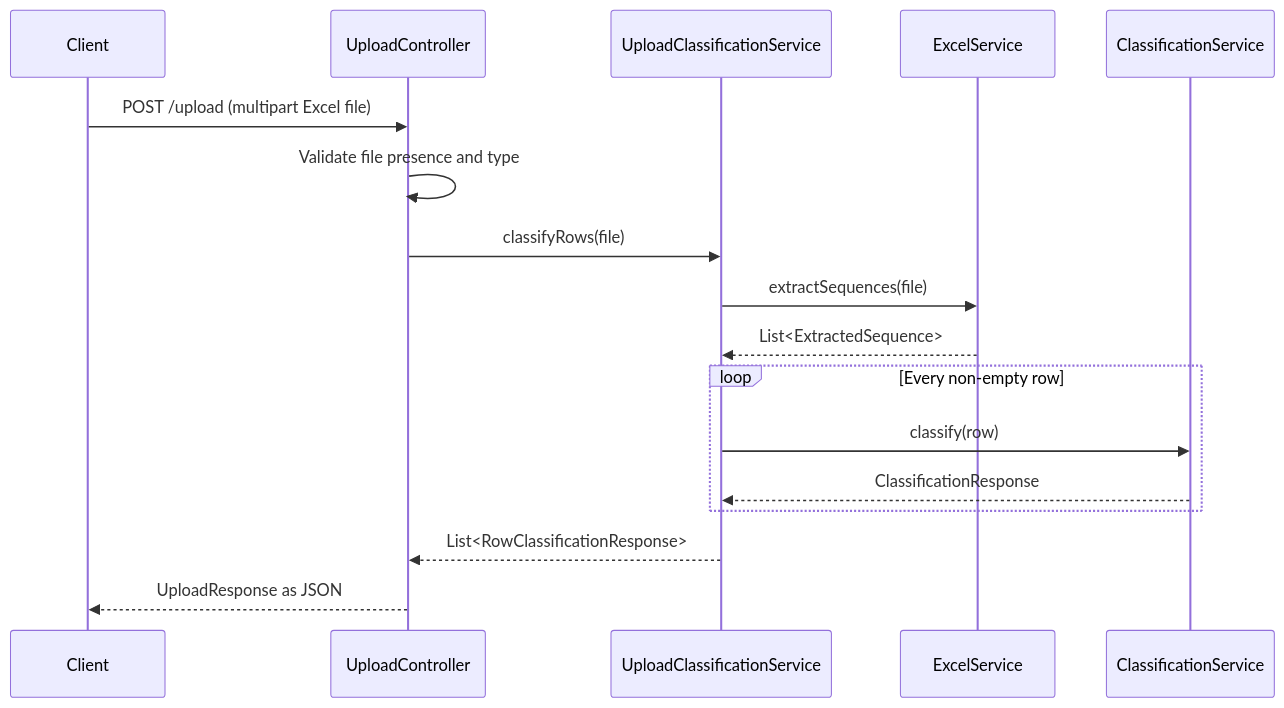
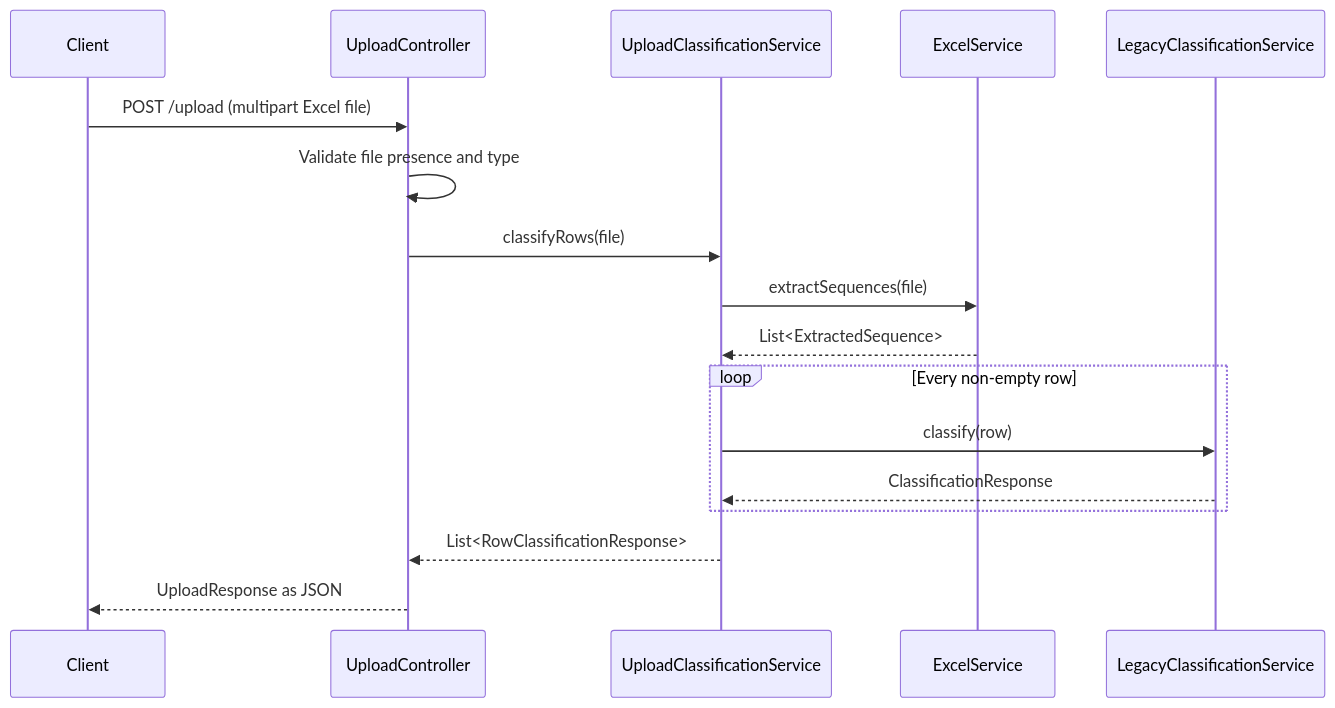
One commit to S-SuryaPrakash/FanityPro changed the third of 5 diagrams in README.md. Above: the diagram before and after it, drawn with Mermaid. The commit also changed other lines of this file and 26 other files, not shown here.

````diff
--- a/README.md
+++ b/README.md
@@ -86,20 +100,20 @@
 ```mermaid
 sequenceDiagram
     participant Client
     participant Controller as UploadController
     participant Coordinator as UploadClassificationService
     participant Excel as ExcelService
-    participant Classifier as ClassificationService
+    participant Classifier as LegacyClassificationService
 
     Client->>Controller: POST /upload (multipart Excel file)
     Controller->>Controller: Validate file presence and type
     Controller->>Coordinator: classifyRows(file)
     Coordinator->>Excel: extractSequences(file)
     Excel-->>Coordinator: List<ExtractedSequence>
     loop Every non-empty row
         Coordinator->>Classifier: classify(row)
         Classifier-->>Coordinator: ClassificationResponse
     end
     Coordinator-->>Controller: List<RowClassificationResponse>
     Controller-->>Client: UploadResponse as JSON
 ```
````
